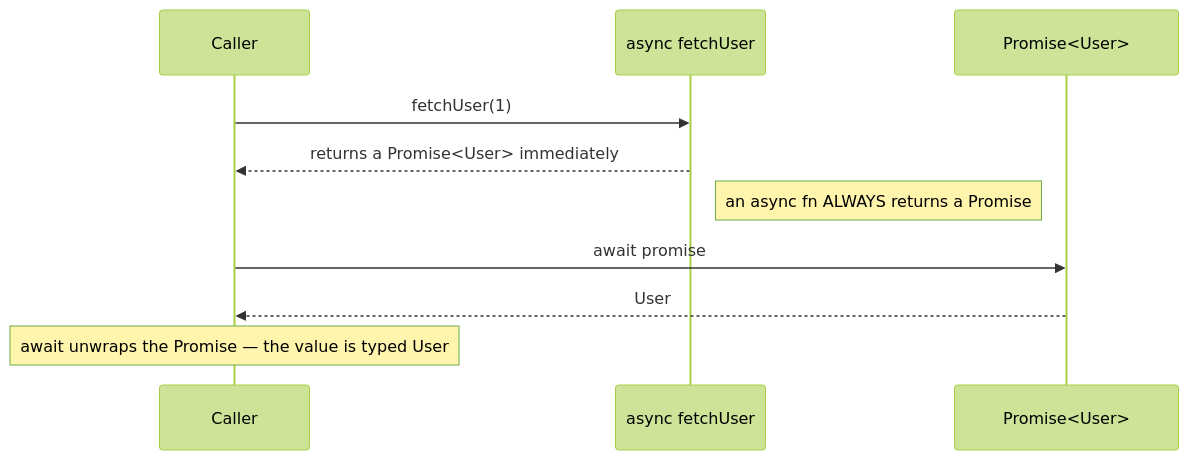
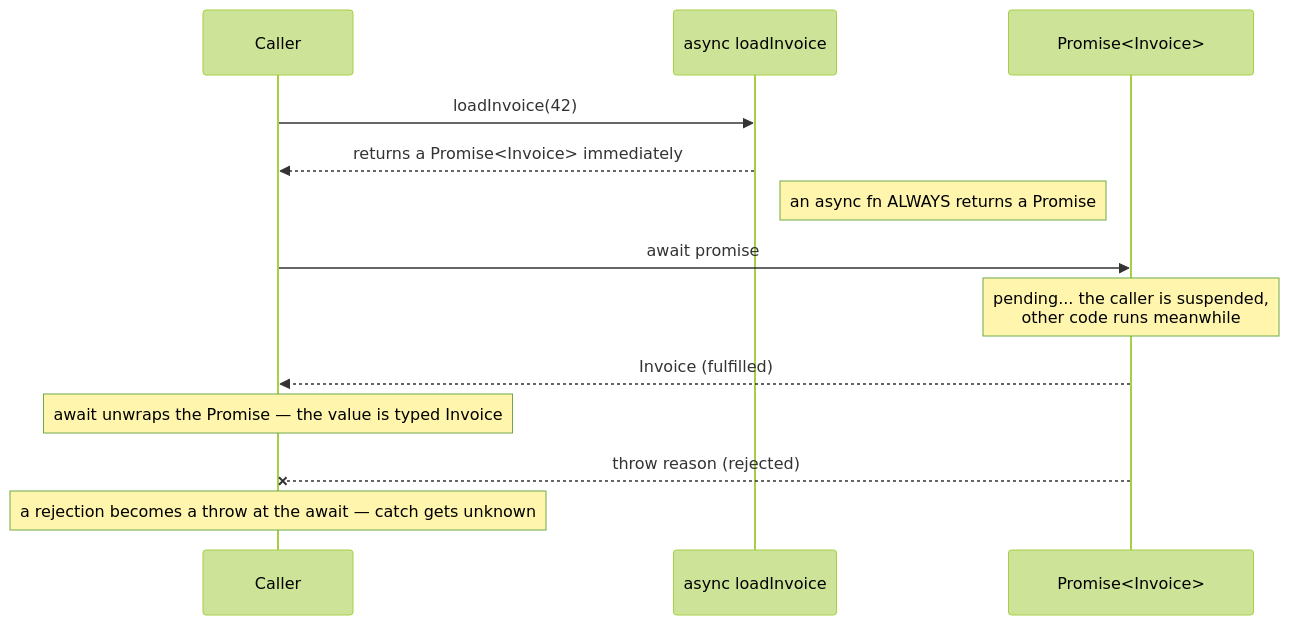
The first of 12 diagrams in 10-async-errors/LESSON.md (cheer-cho/LearningCourse--TypeScript--build-by-Claude-Code), drawn with Mermaid (forest theme) before and after one commit. The commit also changed other lines of this file and 79 other files, not shown here.

````diff
--- a/10-async-errors/LESSON.md
+++ b/10-async-errors/LESSON.md
@@ -12,12 +27,15 @@
 ```mermaid
 sequenceDiagram
     participant Caller
-    participant Fn as async fetchUser
-    participant P as Promise#lt;User#gt;
-    Caller->>Fn: fetchUser(1)
-    Fn-->>Caller: returns a Promise#lt;User#gt; immediately
+    participant Fn as async loadInvoice
+    participant P as Promise#lt;Invoice#gt;
+    Caller->>Fn: loadInvoice(42)
+    Fn-->>Caller: returns a Promise#lt;Invoice#gt; immediately
     Note right of Fn: an async fn ALWAYS returns a Promise
     Caller->>P: await promise
-    P-->>Caller: User
-    Note over Caller: await unwraps the Promise — the value is typed User
+    Note over P: pending... the caller is suspended,<br/>other code runs meanwhile
+    P-->>Caller: Invoice (fulfilled)
+    Note over Caller: await unwraps the Promise — the value is typed Invoice
+    P--xCaller: throw reason (rejected)
+    Note over Caller: a rejection becomes a throw at the await — catch gets unknown
 ```
````
